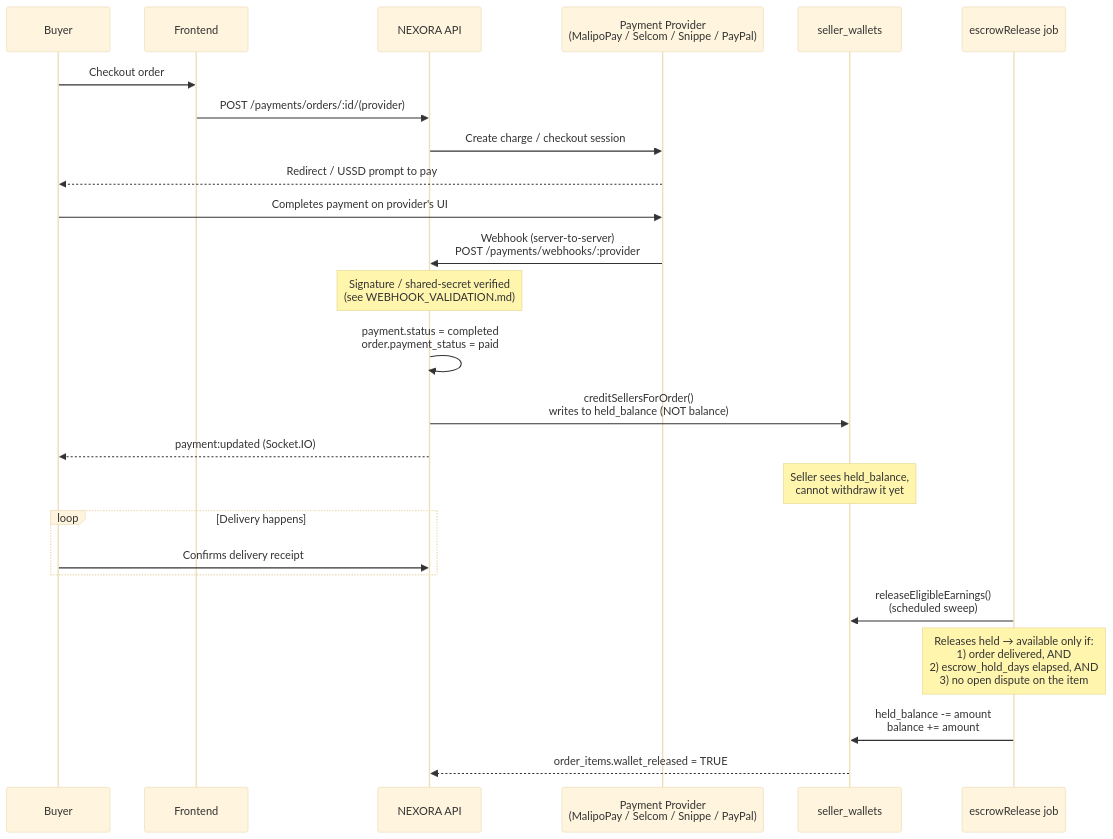
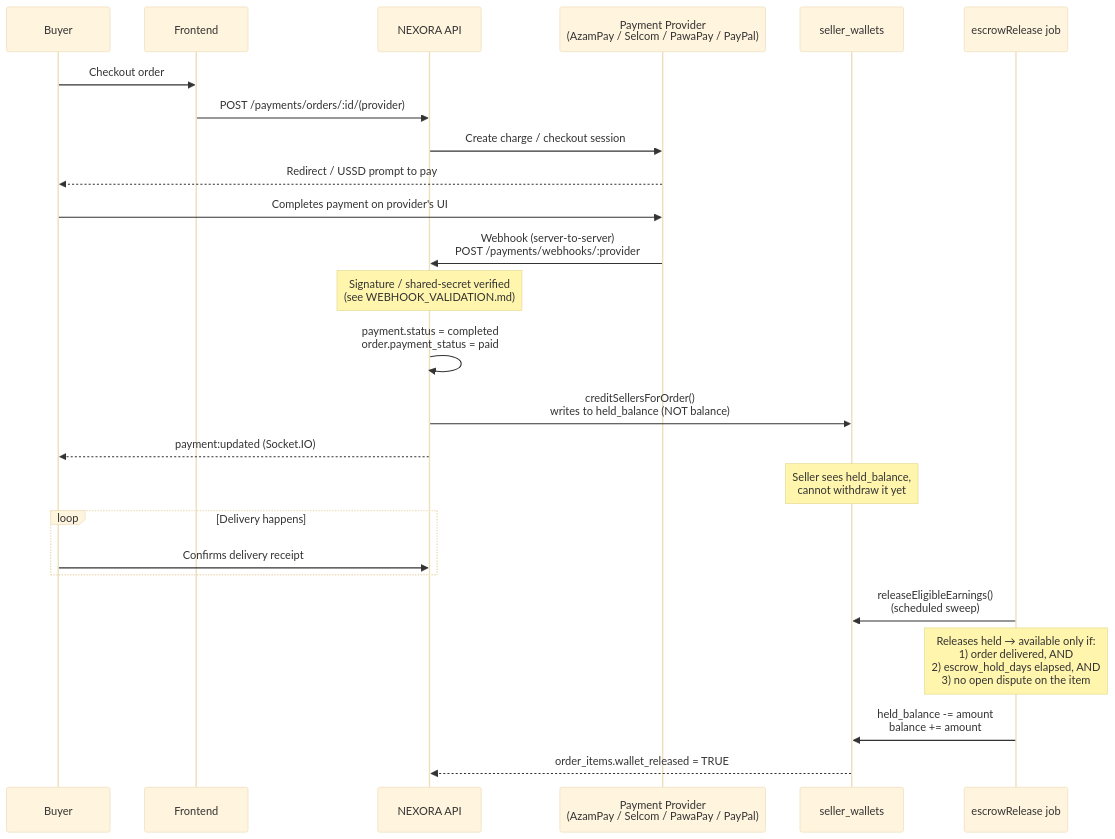
The first of 5 diagrams in docs/ESCROW_PAYMENT_FLOW.md (GervasCodes/NEXORA), drawn with Mermaid (base theme) before and after one commit. The commit also changed other lines of this file and 82 other files, not shown here.

````diff
--- a/docs/ESCROW_PAYMENT_FLOW.md
+++ b/docs/ESCROW_PAYMENT_FLOW.md
@@ -18,32 +18,32 @@
 ```mermaid
 sequenceDiagram
     participant Buyer
     participant Frontend
     participant API as NEXORA API
-    participant Provider as Payment Provider<br/>(MalipoPay / Selcom / Snippe / PayPal)
+    participant Provider as Payment Provider<br/>(AzamPay / Selcom / PawaPay / PayPal)
     participant Wallet as seller_wallets
     participant Job as escrowRelease job
 
     Buyer->>Frontend: Checkout order
     Frontend->>API: POST /payments/orders/:id/(provider)
     API->>Provider: Create charge / checkout session
     Provider-->>Buyer: Redirect / USSD prompt to pay
     Buyer->>Provider: Completes payment on provider's UI
 
     Provider->>API: Webhook (server-to-server)<br/>POST /payments/webhooks/:provider
     Note over API: Signature / shared-secret verified<br/>(see WEBHOOK_VALIDATION.md)
     API->>API: payment.status = completed<br/>order.payment_status = paid
     API->>Wallet: creditSellersForOrder()<br/>writes to held_balance (NOT balance)
     API-->>Buyer: payment:updated (Socket.IO)
 
     Note over Wallet: Seller sees held_balance,<br/>cannot withdraw it yet
 
     loop Delivery happens
         Buyer->>API: Confirms delivery receipt
     end
 
     Job->>Wallet: releaseEligibleEarnings()<br/>(scheduled sweep)
     Note over Job: Releases held → available only if:<br/>1) order delivered, AND<br/>2) escrow_hold_days elapsed, AND<br/>3) no open dispute on the item
     Job->>Wallet: held_balance -= amount<br/>balance += amount
     Wallet-->>API: order_items.wallet_released = TRUE
 ```
````
